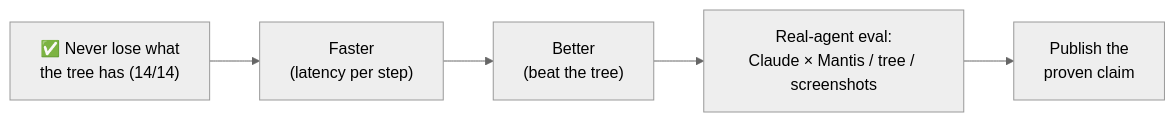
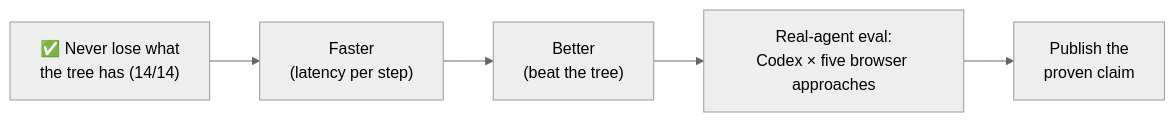
The fifth of 5 diagrams in docs/APPROACH.md (adi-devv/mantis), drawn with Mermaid (neutral theme) before and after one commit. The commit also changed other lines of this file and 9 other files, not shown here.

````diff
--- a/docs/APPROACH.md
+++ b/docs/APPROACH.md
@@ -167,4 +167,4 @@
 ```mermaid
 flowchart LR
-    A["✅ Never lose what<br/>the tree has (14/14)"] --> B["Faster<br/>(latency per step)"] --> C["Better<br/>(beat the tree)"] --> D["Real-agent eval:<br/>Claude × Mantis / tree / screenshots"] --> E["Publish the<br/>proven claim"]
+    A["✅ Never lose what<br/>the tree has (14/14)"] --> B["Faster<br/>(latency per step)"] --> C["Better<br/>(beat the tree)"] --> D["Real-agent eval:<br/>Codex × five browser approaches"] --> E["Publish the<br/>proven claim"]
 ```
````
